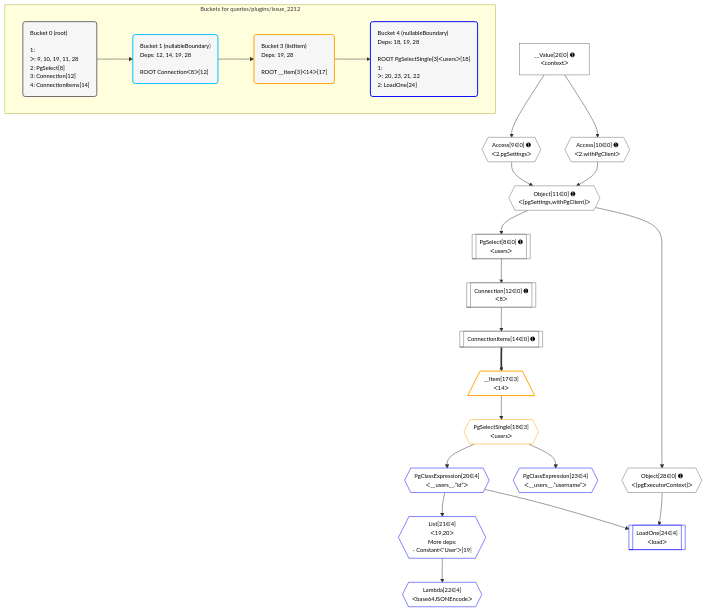
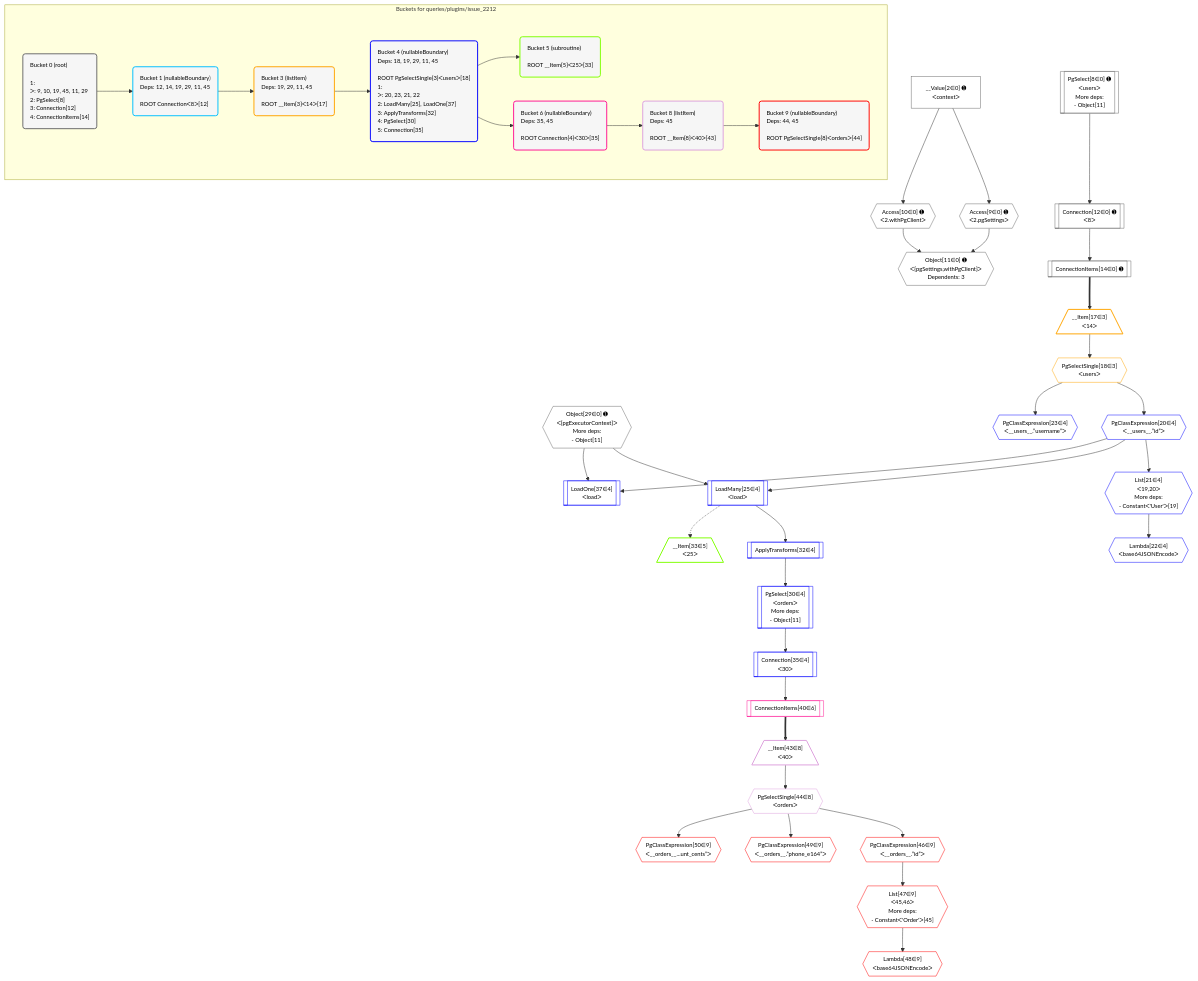
The diagram in postgraphile/postgraphile/__tests__/queries/plugins/issue_2212.mermaid (graphile/crystal), drawn with Mermaid before and after one commit. The commit also changed 6 other files, not shown here.

Commit message:
Add loadManyWithPgClient

```diff
--- a/postgraphile/postgraphile/__tests__/queries/plugins/issue_2212.mermaid
+++ b/postgraphile/postgraphile/__tests__/queries/plugins/issue_2212.mermaid
@@ -1,59 +1,98 @@
 %%{init: {'themeVariables': { 'fontSize': '12px'}}}%%
 graph TD
     classDef path fill:#eee,stroke:#000,color:#000
     classDef plan fill:#fff,stroke-width:1px,color:#000
     classDef itemplan fill:#fff,stroke-width:2px,color:#000
     classDef unbatchedplan fill:#dff,stroke-width:1px,color:#000
     classDef sideeffectplan fill:#fcc,stroke-width:2px,color:#000
     classDef bucket fill:#f6f6f6,color:#000,stroke-width:2px,text-align:left
 
     subgraph "Buckets for queries/plugins/issue_2212"
-    Bucket0("Bucket 0 (root)<br /><br />1: <br />ᐳ: 9, 10, 19, 11, 28<br />2: PgSelect[8]<br />3: Connection[12]<br />4: ConnectionItems[14]"):::bucket
-    Bucket1("Bucket 1 (nullableBoundary)<br />Deps: 12, 14, 19, 28<br /><br />ROOT Connectionᐸ8ᐳ[12]"):::bucket
-    Bucket3("Bucket 3 (listItem)<br />Deps: 19, 28<br /><br />ROOT __Item{3}ᐸ14ᐳ[17]"):::bucket
-    Bucket4("Bucket 4 (nullableBoundary)<br />Deps: 18, 19, 28<br /><br />ROOT PgSelectSingle{3}ᐸusersᐳ[18]<br />1: <br />ᐳ: 20, 23, 21, 22<br />2: LoadOne[24]"):::bucket
+    Bucket0("Bucket 0 (root)<br /><br />1: <br />ᐳ: 9, 10, 19, 45, 11, 29<br />2: PgSelect[8]<br />3: Connection[12]<br />4: ConnectionItems[14]"):::bucket
+    Bucket1("Bucket 1 (nullableBoundary)<br />Deps: 12, 14, 19, 29, 11, 45<br /><br />ROOT Connectionᐸ8ᐳ[12]"):::bucket
+    Bucket3("Bucket 3 (listItem)<br />Deps: 19, 29, 11, 45<br /><br />ROOT __Item{3}ᐸ14ᐳ[17]"):::bucket
+    Bucket4("Bucket 4 (nullableBoundary)<br />Deps: 18, 19, 29, 11, 45<br /><br />ROOT PgSelectSingle{3}ᐸusersᐳ[18]<br />1: <br />ᐳ: 20, 23, 21, 22<br />2: LoadMany[25], LoadOne[37]<br />3: ApplyTransforms[32]<br />4: PgSelect[30]<br />5: Connection[35]"):::bucket
+    Bucket5("Bucket 5 (subroutine)<br /><br />ROOT __Item{5}ᐸ25ᐳ[33]"):::bucket
+    Bucket6("Bucket 6 (nullableBoundary)<br />Deps: 35, 45<br /><br />ROOT Connection{4}ᐸ30ᐳ[35]"):::bucket
+    Bucket8("Bucket 8 (listItem)<br />Deps: 45<br /><br />ROOT __Item{8}ᐸ40ᐳ[43]"):::bucket
+    Bucket9("Bucket 9 (nullableBoundary)<br />Deps: 44, 45<br /><br />ROOT PgSelectSingle{8}ᐸordersᐳ[44]"):::bucket
     end
     Bucket0 --> Bucket1
     Bucket1 --> Bucket3
     Bucket3 --> Bucket4
+    Bucket4 --> Bucket5 & Bucket6
+    Bucket6 --> Bucket8
+    Bucket8 --> Bucket9
 
     %% plan dependencies
-    Object11{{"Object[11∈0] ➊<br />ᐸ{pgSettings,withPgClient}ᐳ"}}:::plan
+    Object11{{"Object[11∈0] ➊<br />ᐸ{pgSettings,withPgClient}ᐳ<br />Dependents: 3"}}:::plan
     Access9{{"Access[9∈0] ➊<br />ᐸ2.pgSettingsᐳ"}}:::plan
     Access10{{"Access[10∈0] ➊<br />ᐸ2.withPgClientᐳ"}}:::plan
     Access9 & Access10 --> Object11
-    PgSelect8[["PgSelect[8∈0] ➊<br />ᐸusersᐳ"]]:::plan
-    Object11 --> PgSelect8
+    PgSelect8[["PgSelect[8∈0] ➊<br />ᐸusersᐳ<br />More deps:<br />- Object[11]"]]:::plan
     __Value2["__Value[2∈0] ➊<br />ᐸcontextᐳ"]:::plan
     __Value2 --> Access9
     __Value2 --> Access10
     Connection12[["Connection[12∈0] ➊<br />ᐸ8ᐳ"]]:::plan
     PgSelect8 --> Connection12
     ConnectionItems14[["ConnectionItems[14∈0] ➊"]]:::plan
     Connection12 --> ConnectionItems14
-    Object28{{"Object[28∈0] ➊<br />ᐸ{pgExecutorContext}ᐳ"}}:::plan
-    Object11 --> Object28
+    Object29{{"Object[29∈0] ➊<br />ᐸ{pgExecutorContext}ᐳ<br />More deps:<br />- Object[11]"}}:::plan
     __Item17[/"__Item[17∈3]<br />ᐸ14ᐳ"\]:::itemplan
     ConnectionItems14 ==> __Item17
     PgSelectSingle18{{"PgSelectSingle[18∈3]<br />ᐸusersᐳ"}}:::plan
     __Item17 --> PgSelectSingle18
     List21{{"List[21∈4]<br />ᐸ19,20ᐳ<br />More deps:<br />- Constantᐸ'User'ᐳ[19]"}}:::plan
     PgClassExpression20{{"PgClassExpression[20∈4]<br />ᐸ__users__.”id”ᐳ"}}:::plan
     PgClassExpression20 --> List21
-    LoadOne24[["LoadOne[24∈4]<br />ᐸloadᐳ"]]:::plan
-    PgClassExpression20 & Object28 --> LoadOne24
+    LoadMany25[["LoadMany[25∈4]<br />ᐸloadᐳ"]]:::plan
+    PgClassExpression20 & Object29 --> LoadMany25
+    PgSelect30[["PgSelect[30∈4]<br />ᐸordersᐳ<br />More deps:<br />- Object[11]"]]:::plan
+    ApplyTransforms32[["ApplyTransforms[32∈4]"]]:::plan
+    ApplyTransforms32 --> PgSelect30
+    LoadOne37[["LoadOne[37∈4]<br />ᐸloadᐳ"]]:::plan
+    PgClassExpression20 & Object29 --> LoadOne37
     PgSelectSingle18 --> PgClassExpression20
     Lambda22{{"Lambda[22∈4]<br />ᐸbase64JSONEncodeᐳ"}}:::plan
     List21 --> Lambda22
     PgClassExpression23{{"PgClassExpression[23∈4]<br />ᐸ__users__.”username”ᐳ"}}:::plan
     PgSelectSingle18 --> PgClassExpression23
+    LoadMany25 --> ApplyTransforms32
+    Connection35[["Connection[35∈4]<br />ᐸ30ᐳ"]]:::plan
+    PgSelect30 --> Connection35
+    __Item33[/"__Item[33∈5]<br />ᐸ25ᐳ"\]:::itemplan
+    LoadMany25 -.-> __Item33
+    ConnectionItems40[["ConnectionItems[40∈6]"]]:::plan
+    Connection35 --> ConnectionItems40
+    __Item43[/"__Item[43∈8]<br />ᐸ40ᐳ"\]:::itemplan
+    ConnectionItems40 ==> __Item43
+    PgSelectSingle44{{"PgSelectSingle[44∈8]<br />ᐸordersᐳ"}}:::plan
+    __Item43 --> PgSelectSingle44
+    List47{{"List[47∈9]<br />ᐸ45,46ᐳ<br />More deps:<br />- Constantᐸ'Order'ᐳ[45]"}}:::plan
+    PgClassExpression46{{"PgClassExpression[46∈9]<br />ᐸ__orders__.”id”ᐳ"}}:::plan
+    PgClassExpression46 --> List47
+    PgSelectSingle44 --> PgClassExpression46
+    Lambda48{{"Lambda[48∈9]<br />ᐸbase64JSONEncodeᐳ"}}:::plan
+    List47 --> Lambda48
+    PgClassExpression49{{"PgClassExpression[49∈9]<br />ᐸ__orders__.”phone_e164”ᐳ"}}:::plan
+    PgSelectSingle44 --> PgClassExpression49
+    PgClassExpression50{{"PgClassExpression[50∈9]<br />ᐸ__orders__...unt_cents”ᐳ"}}:::plan
+    PgSelectSingle44 --> PgClassExpression50
 
     %% define steps
     classDef bucket0 stroke:#696969
-    class Bucket0,__Value2,PgSelect8,Access9,Access10,Object11,Connection12,ConnectionItems14,Object28 bucket0
+    class Bucket0,__Value2,PgSelect8,Access9,Access10,Object11,Connection12,ConnectionItems14,Object29 bucket0
     classDef bucket1 stroke:#00bfff
     class Bucket1 bucket1
     classDef bucket3 stroke:#ffa500
     class Bucket3,__Item17,PgSelectSingle18 bucket3
     classDef bucket4 stroke:#0000ff
-    class Bucket4,PgClassExpression20,List21,Lambda22,PgClassExpression23,LoadOne24 bucket4
+    class Bucket4,PgClassExpression20,List21,Lambda22,PgClassExpression23,LoadMany25,PgSelect30,ApplyTransforms32,Connection35,LoadOne37 bucket4
+    classDef bucket5 stroke:#7fff00
+    class Bucket5,__Item33 bucket5
+    classDef bucket6 stroke:#ff1493
+    class Bucket6,ConnectionItems40 bucket6
+    classDef bucket8 stroke:#dda0dd
+    class Bucket8,__Item43,PgSelectSingle44 bucket8
+    classDef bucket9 stroke:#ff0000
+    class Bucket9,PgClassExpression46,List47,Lambda48,PgClassExpression49,PgClassExpression50 bucket9
```
